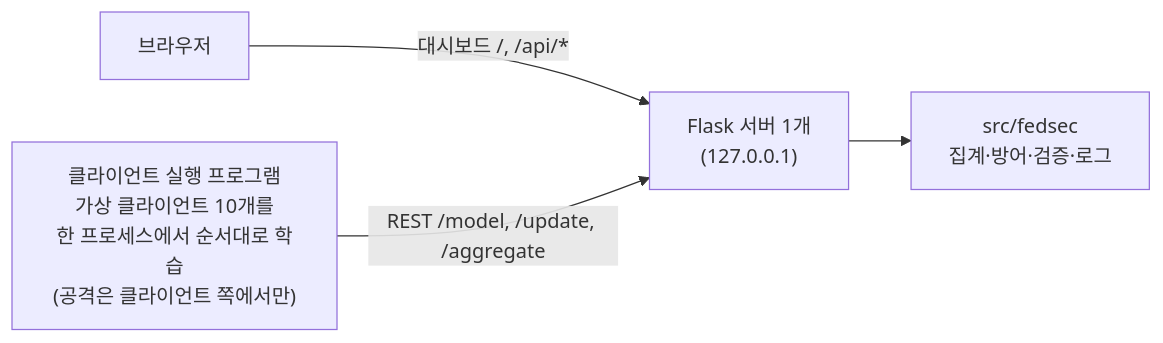
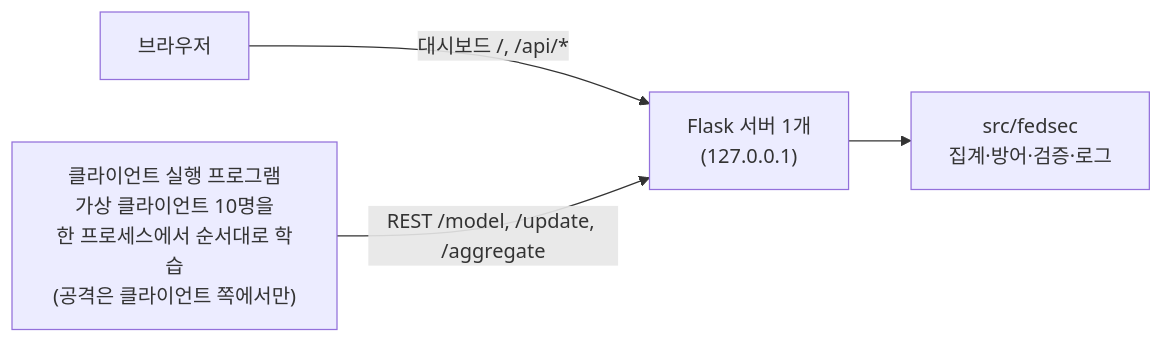
The diagram in README.md (eseungq/websys-project-fedsec), drawn with Mermaid before and after one commit. The commit also changed other lines of this file and 13 other files, not shown here.

````diff
--- a/README.md
+++ b/README.md
@@ -94,6 +64,6 @@
 ```mermaid
 flowchart LR
     B["브라우저"] -- "대시보드 /, /api/*" --> S
-    C["클라이언트 실행 프로그램<br/>가상 클라이언트 10개를<br/>한 프로세스에서 순서대로 학습<br/>(공격은 클라이언트 쪽에서만)"] -- "REST /model, /update, /aggregate" --> S
+    C["클라이언트 실행 프로그램<br/>가상 클라이언트 10명을<br/>한 프로세스에서 순서대로 학습<br/>(공격은 클라이언트 쪽에서만)"] -- "REST /model, /update, /aggregate" --> S
     S["Flask 서버 1개<br/>(127.0.0.1)"] --> F["src/fedsec<br/>집계·방어·검증·로그"]
 ```
````
